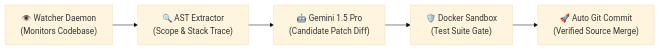
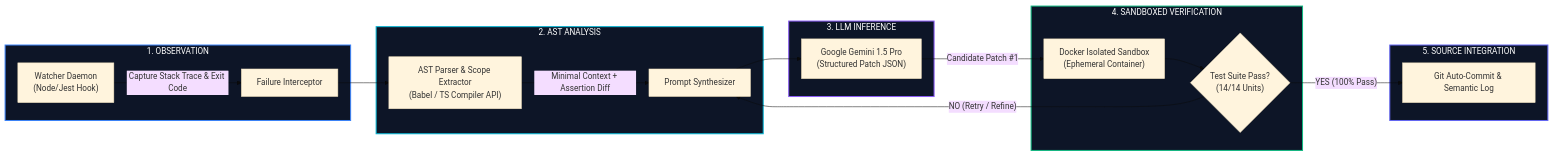
The diagram in README.md (Talalilyas1208/my-portfolio-web), drawn with Mermaid (base theme) before and after one commit. The commit also changed other lines of this file and 1 other file, not shown here.

Commit message:
fix: replace rate-limited third-party SVGs with robust native GitHub architecture blueprints and Mermaid workflows

````diff
--- a/README.md
+++ b/README.md
@@ -99,7 +36,31 @@
 ```mermaid
-graph LR
-    A["👁️ Watcher Daemon<br/>(Monitors Codebase)"] --> B["🔍 AST Extractor<br/>(Scope & Stack Trace)"]
-    B --> C["🤖 Gemini 1.5 Pro<br/>(Candidate Patch Diff)"]
-    C --> D["🛡️ Docker Sandbox<br/>(Test Suite Gate)"]
-    D --> E["🚀 Auto Git Commit<br/>(Verified Source Merge)"]
+flowchart LR
+    subgraph S1["1. OBSERVATION"]
+        A["Watcher Daemon<br/>(Node/Jest Hook)"] -->|"Capture Stack Trace & Exit Code"| B["Failure Interceptor"]
+    end
+
+    subgraph S2["2. AST ANALYSIS"]
+        B --> C["AST Parser & Scope Extractor<br/>(Babel / TS Compiler API)"]
+        C -->|"Minimal Context + Assertion Diff"| D["Prompt Synthesizer"]
+    end
+
+    subgraph S3["3. LLM INFERENCE"]
+        D --> E["Google Gemini 1.5 Pro<br/>(Structured Patch JSON)"]
+    end
+
+    subgraph S4["4. SANDBOXED VERIFICATION"]
+        E -->|"Candidate Patch #1"| F["Docker Isolated Sandbox<br/>(Ephemeral Container)"]
+        F --> G{"Test Suite Pass?<br/>(14/14 Units)"}
+    end
+
+    subgraph S5["5. SOURCE INTEGRATION"]
+        G -->|"YES (100% Pass)"| H["Git Auto-Commit & Semantic Log"]
+        G -->|"NO (Retry / Refine)"| D
+    end
+
+    style S1 fill:#0d1527,stroke:#3b82f6,stroke-width:2px,color:#fff
+    style S2 fill:#0d1527,stroke:#06b6d4,stroke-width:2px,color:#fff
+    style S3 fill:#0d1527,stroke:#8b5cf6,stroke-width:2px,color:#fff
+    style S4 fill:#0d1527,stroke:#10b981,stroke-width:2px,color:#fff
+    style S5 fill:#0d1527,stroke:#6366f1,stroke-width:2px,color:#fff
 ```
````
